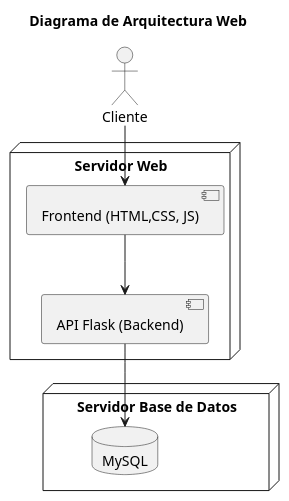
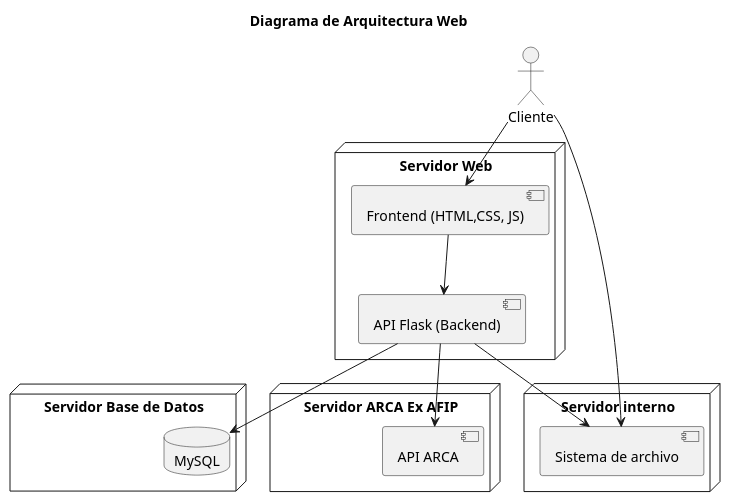
One commit to Luci1274/PPI_gomeria_codigo changed the diagram in 01_Diagrama_arquitectura_web/Diagrama_arquitectura.puml. Above: the diagram before and after it, drawn with PlantUML. The commit also changed 2 other files, not shown here.

Commit message:
Cambios en ek diagrama
Agregación nodos en el diagrama y agrego la imagen actualizada.

```diff
--- a/01_Diagrama_arquitectura_web/Diagrama_arquitectura.puml
+++ b/01_Diagrama_arquitectura_web/Diagrama_arquitectura.puml
@@ -1,18 +1,28 @@
 @startuml Diagrama_arquitectura 
 title Diagrama de Arquitectura Web 
 actor Cliente
 
 node "Servidor Web" {
     component "Frontend (HTML,CSS, JS)" AS Frontend
-    component "API Flask (Backend)" as API 
-
+    component "API Flask (Backend)" as API  
 }
 
 node "Servidor Base de Datos" {
     database "MySQL" as BD
 }
 
+node "Servidor ARCA Ex AFIP" {
+    component "API ARCA" as ARCA 
+}
+
+node "Servidor interno" {
+    component "Sistema de archivo" as Archivo 
+}
+
 Cliente --> Frontend
 Frontend --> API 
+API --> ARCA
 API --> BD
+API --> Archivo 
+Cliente --> Archivo
 @enduml
```
